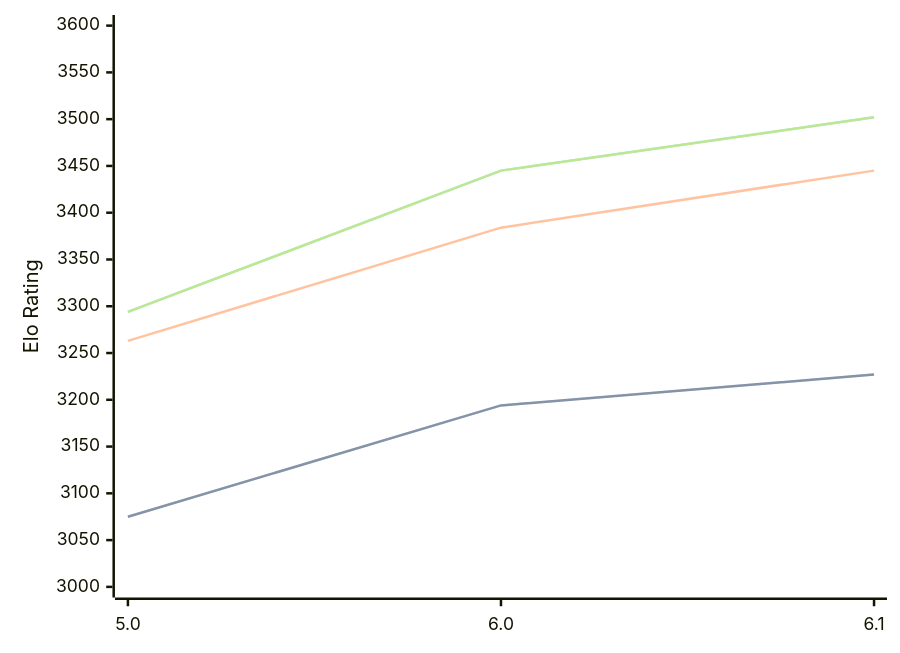
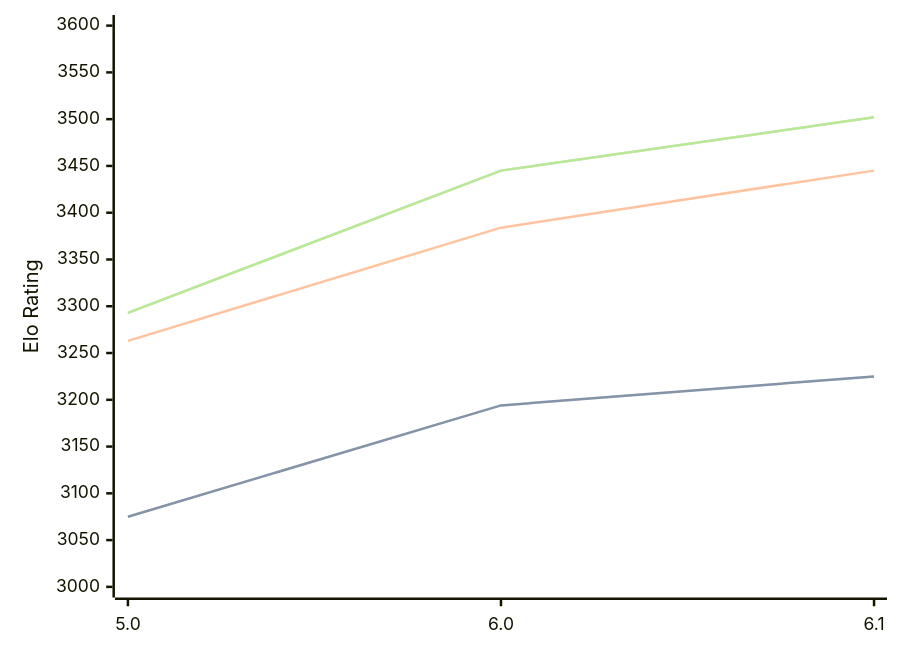
The diagram in engines/PZChessBot.md (computer-chess-index/cci), drawn with Mermaid before and after one commit. The commit also changed other lines of this file, not shown here.

Commit message:
Update CCI Ratings (ELO VLTC) - 2026-03-22

````diff
--- a/engines/PZChessBot.md
+++ b/engines/PZChessBot.md
@@ -42,11 +42,11 @@
 ```mermaid
 %%{init: {"theme":"base","themeVariables":{"seriesColors:['#a3a3a3','#222221','#faa371']}}}%%
 xychart-beta
   x-axis ["5.0", "6.0", "6.1"]
   y-axis "Elo Rating" 3000 --> 3600
-  line "STC (8.0+0.08s)" [3075, 3194, 3227]
-  line "STC (8.0+0.08s)" [3075, 3194, 3227]
+  line "STC (8.0+0.08s)" [3075, 3194, 3225]
+  line "STC (8.0+0.08s)" [3075, 3194, 3225]
   line "LTC (60.0+0.60s)" [3263, 3384, 3445]
-  line "VLTC (2m24s+1.12s)" [3294, 3445, 3502]
-  line "VLTC (2m24s+1.12s)" [3294, 3445, 3502]
+  line "VLTC (2m24s+1.12s)" [3293, 3445, 3502]
+  line "VLTC (2m24s+1.12s)" [3293, 3445, 3502]
 ```
````
